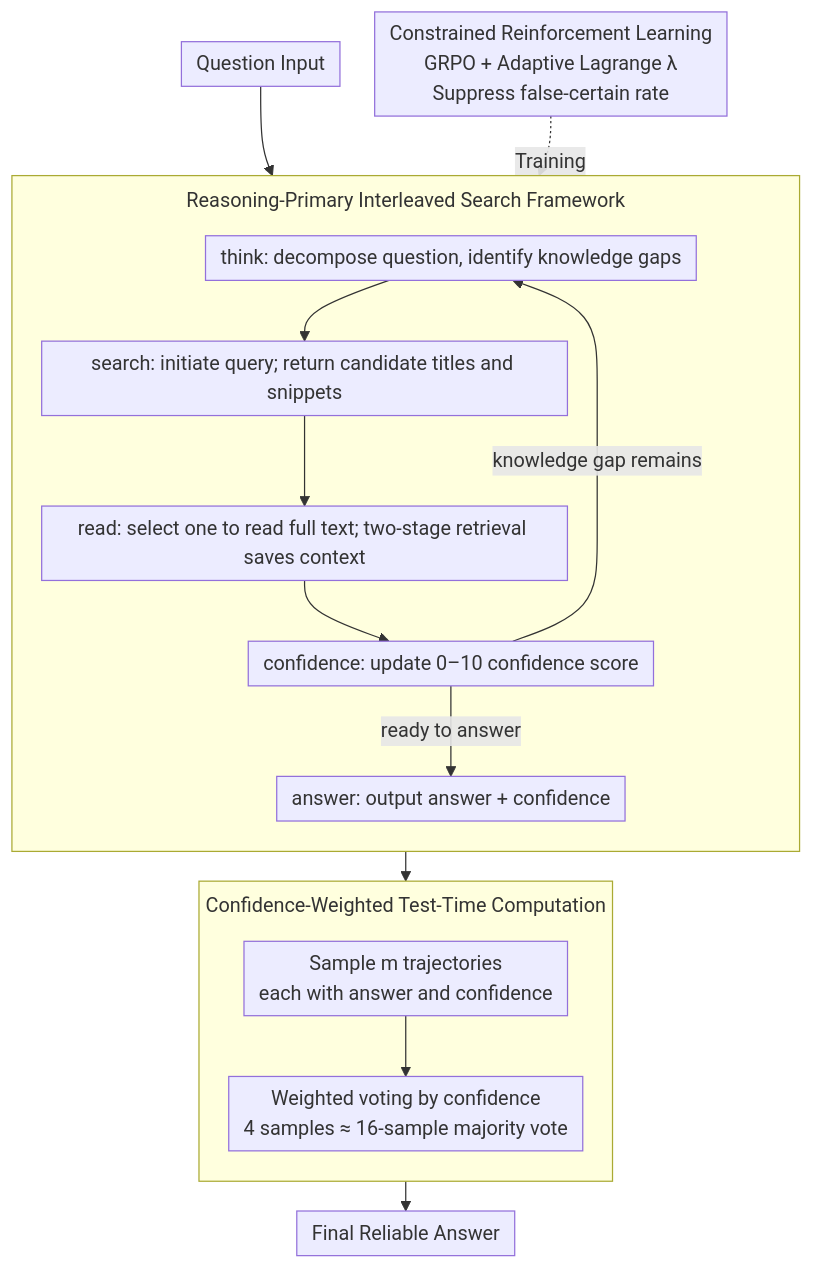
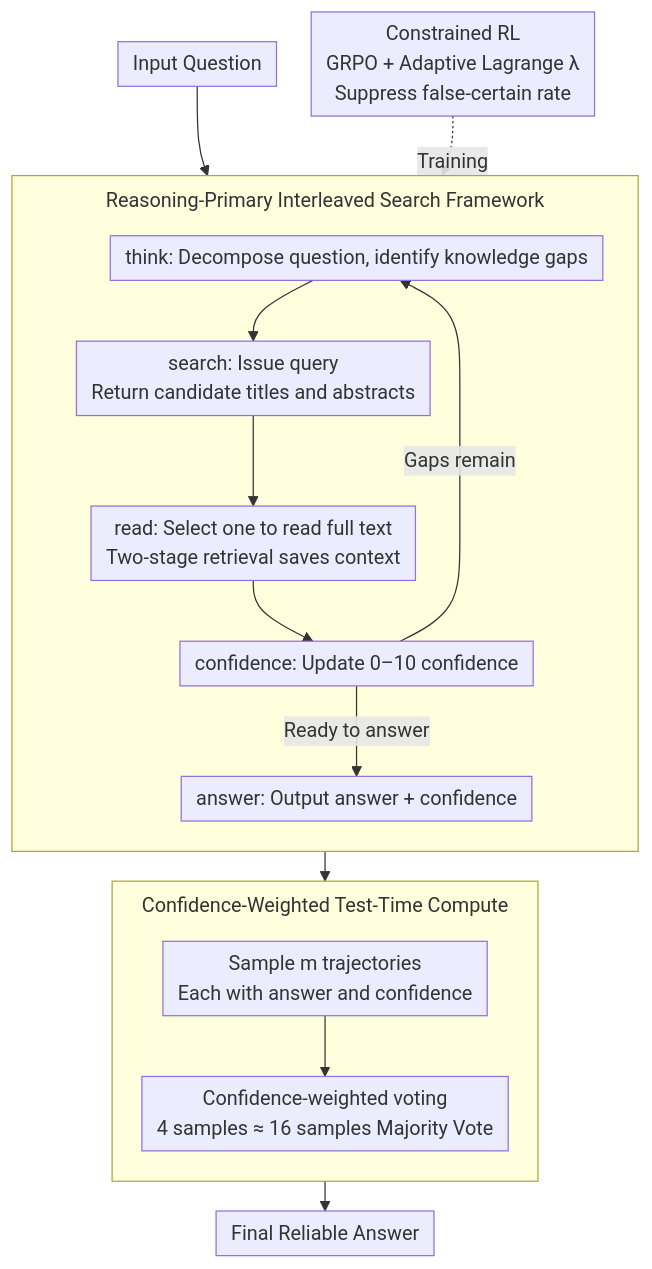
Before and after one commit to zhaoyang97/Paper-Notes-en: the diagram in docs/ACL2026/reinforcement_learning/deliberative_searcher_improving_llm_reliability_via_reinforcement_learning_with_.md, drawn with Mermaid. The commit also changed other lines of this file and 5084 other files, not shown here.

````diff
--- a/docs/ACL2026/reinforcement_learning/deliberative_searcher_improving_llm_reliability_via_reinforcement_learning_with_.md
+++ b/docs/ACL2026/reinforcement_learning/deliberative_searcher_improving_llm_reliability_via_reinforcement_learning_with_.md
@@ -44,20 +44,20 @@
 ```mermaid
 %%{init: {'flowchart': {'rankSpacing': 24, 'nodeSpacing': 28, 'padding': 6, 'wrappingWidth': 400, 'subGraphTitleMargin': {'top': 8, 'bottom': 16}}}}%%
 flowchart TD
-    Q["Question Input"] --> LOOP
+    Q["Input Question"] --> LOOP
     subgraph LOOP["Reasoning-Primary Interleaved Search Framework"]
         direction TB
-        T["think: decompose question, identify knowledge gaps"] --> S["search: initiate query; return candidate titles and snippets"]
-        S --> R["read: select one to read full text; two-stage retrieval saves context"]
-        R --> C["confidence: update 0–10 confidence score"]
-        C -->|knowledge gap remains| T
-        C -->|ready to answer| ANS["answer: output answer + confidence"]
+        T["think: Decompose question, identify knowledge gaps"] --> S["search: Issue query<br/>Return candidate titles and abstracts"]
+        S --> R["read: Select one to read full text<br/>Two-stage retrieval saves context"]
+        R --> C["confidence: Update 0–10 confidence"]
+        C -->|Gaps remain| T
+        C -->|Ready to answer| ANS["answer: Output answer + confidence"]
     end
-    RL["Constrained Reinforcement Learning<br/>GRPO + Adaptive Lagrange λ<br/>Suppress false-certain rate"] -. Training .-> LOOP
+    RL["Constrained RL<br/>GRPO + Adaptive Lagrange λ<br/>Suppress false-certain rate"] -. Training .-> LOOP
     ANS --> AGG
-    subgraph AGG["Confidence-Weighted Test-Time Computation"]
+    subgraph AGG["Confidence-Weighted Test-Time Compute"]
         direction TB
-        M["Sample m trajectories<br/>each with answer and confidence"] --> V["Weighted voting by confidence<br/>4 samples ≈ 16-sample majority vote"]
+        M["Sample m trajectories<br/>Each with answer and confidence"] --> V["Confidence-weighted voting<br/>4 samples ≈ 16 samples Majority Vote"]
     end
     V --> OUT["Final Reliable Answer"]
 ```
````
